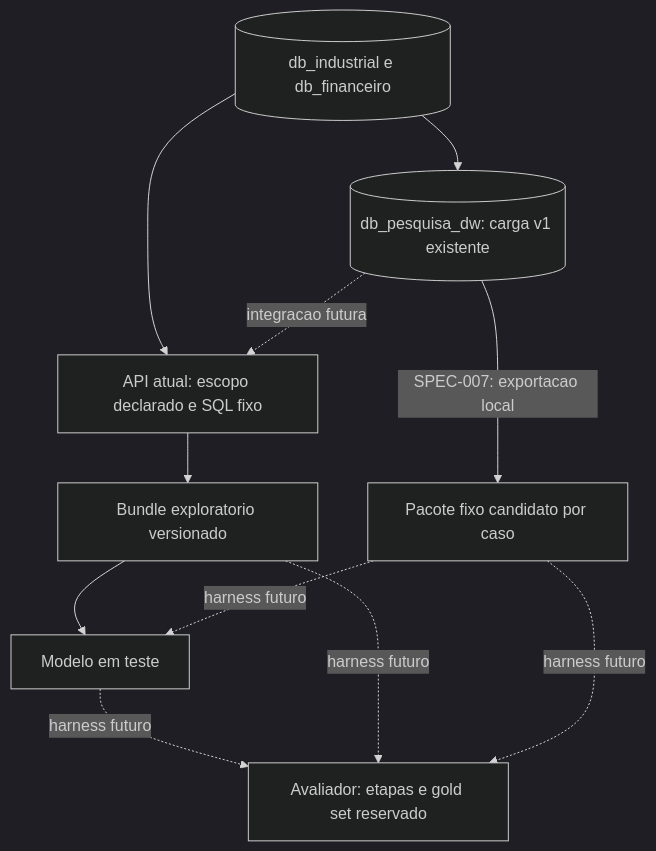
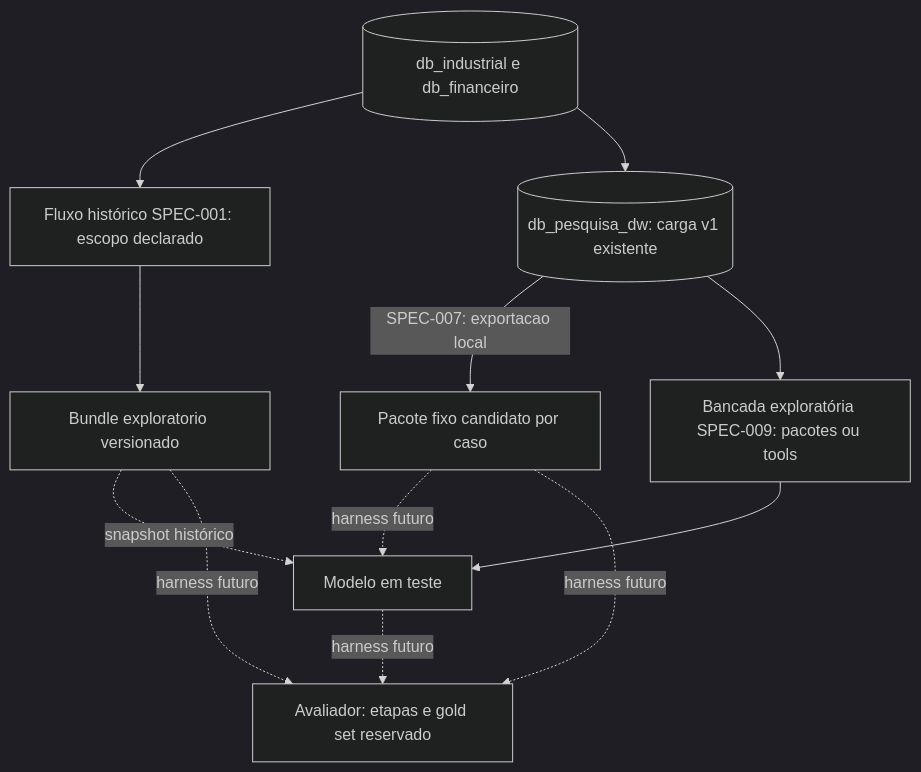
One commit to viniciusjsdev/Pesquisa_IC_IA changed the diagram in BancoModeloUse/docs/arquitetura_avaliacao_modelos.md. Above: the diagram before and after it, drawn with Mermaid (dark theme). The commit also changed other lines of this file and 51 other files, not shown here.

````diff
--- a/BancoModeloUse/docs/arquitetura_avaliacao_modelos.md
+++ b/BancoModeloUse/docs/arquitetura_avaliacao_modelos.md
@@ -13,13 +18,14 @@
 ```mermaid
 flowchart TD
-    S[(db_industrial e db_financeiro)] --> O[API atual: escopo declarado e SQL fixo]
+    S[(db_industrial e db_financeiro)] --> O[Fluxo histórico SPEC-001: escopo declarado]
     S --> D[(db_pesquisa_dw: carga v1 existente)]
     O --> E[Bundle exploratorio versionado]
     D -->|SPEC-007: exportacao local| P[Pacote fixo candidato por caso]
-    D -. integracao futura .-> O
-    E --> M[Modelo em teste]
+    D --> B[Bancada exploratória SPEC-009: pacotes ou tools]
+    E -. snapshot histórico .-> M[Modelo em teste]
+    B --> M
     P -. harness futuro .-> M
     M -. harness futuro .-> H[Avaliador: etapas e gold set reservado]
     E -. harness futuro .-> H
     P -. harness futuro .-> H
 ```
````
